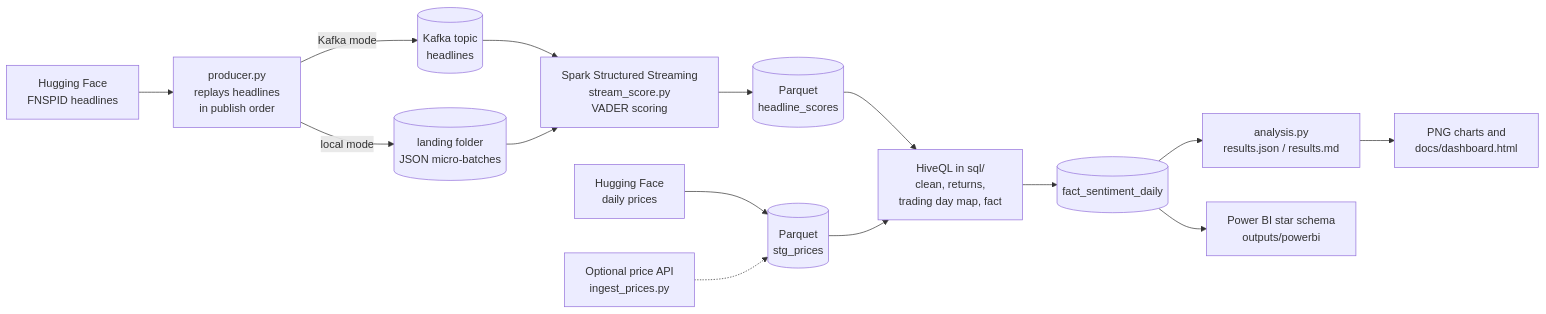
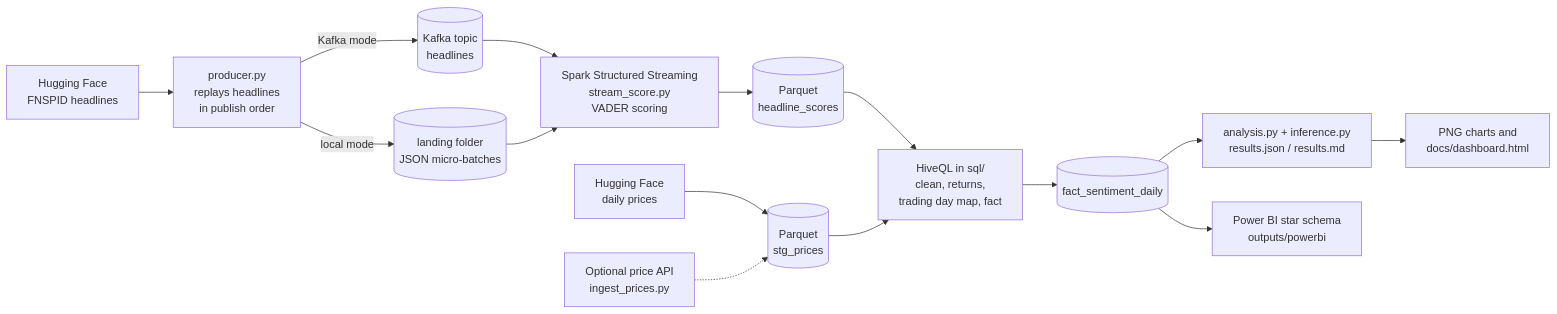
One commit to Mayank-thite/stock-sentiment-pipeline changed the diagram in README.md. Above: the diagram before and after it, drawn with Mermaid. The commit also changed other lines of this file, not shown here.

Commit message:
Rewrite README with clustered results and clearer data licensing

````diff
--- a/README.md
+++ b/README.md
@@ -27,17 +35,17 @@
 ```mermaid
 flowchart LR
     A[Hugging Face<br>FNSPID headlines] --> P[producer.py<br>replays headlines<br>in publish order]
     P -->|Kafka mode| K[(Kafka topic<br>headlines)]
     P -->|local mode| L[(landing folder<br>JSON micro-batches)]
     K --> S[Spark Structured Streaming<br>stream_score.py<br>VADER scoring]
     L --> S
     S --> W[(Parquet<br>headline_scores)]
     B[Hugging Face<br>daily prices] --> ST[(Parquet<br>stg_prices)]
     API[Optional price API<br>ingest_prices.py] -.-> ST
     W --> H[HiveQL in sql/<br>clean, returns,<br>trading day map, fact]
     ST --> H
     H --> F[(fact_sentiment_daily)]
-    F --> AN[analysis.py<br>results.json / results.md]
+    F --> AN[analysis.py + inference.py<br>results.json / results.md]
     F --> PB[Power BI star schema<br>outputs/powerbi]
     AN --> C[PNG charts and<br>docs/dashboard.html]
 ```
````
